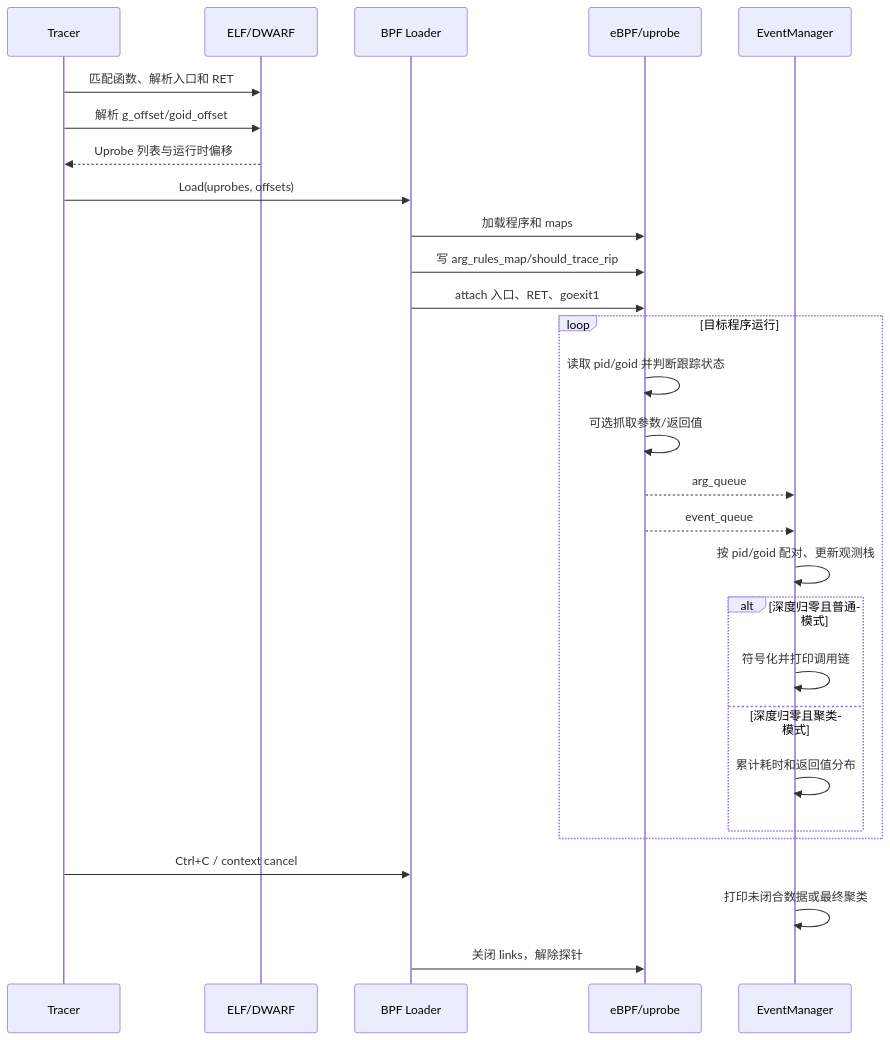
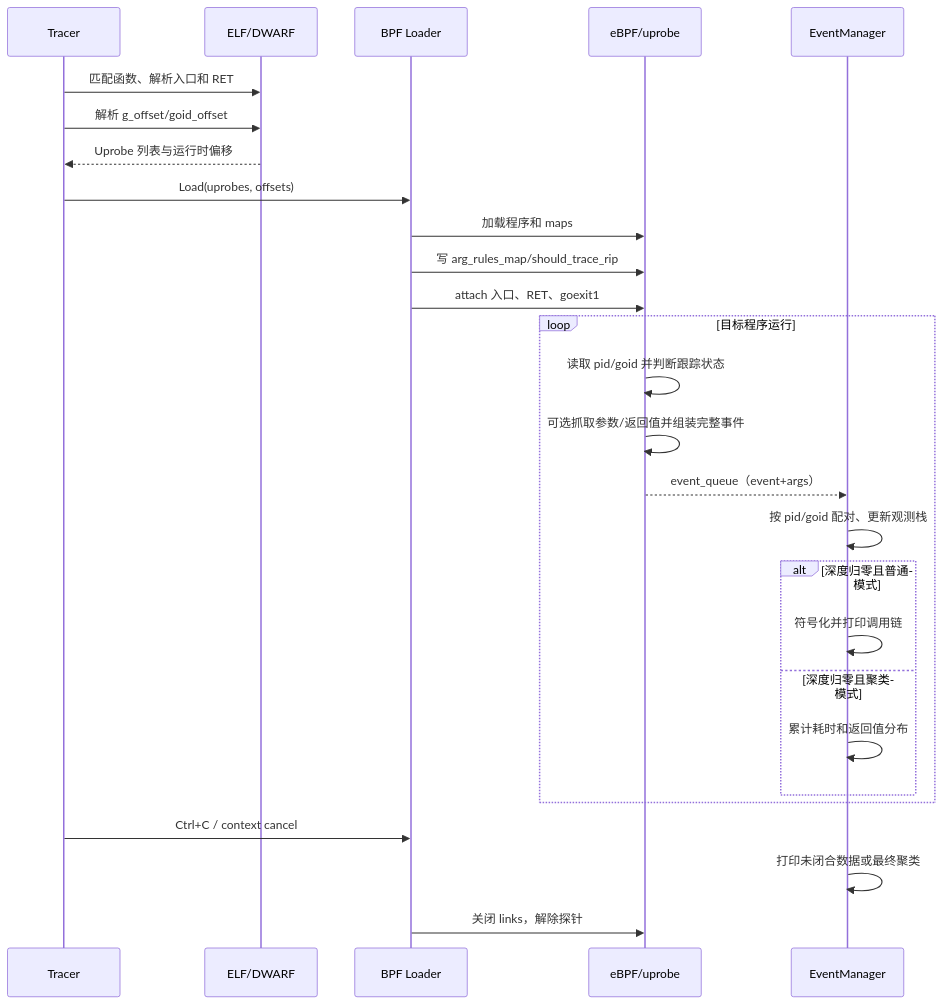
Before and after one commit to hitzhangjie/go-ftrace: the second of 2 diagrams in docs/Design.md, drawn with Mermaid. The commit also changed other lines of this file and 15 other files, not shown here.

````diff
--- a/docs/Design.md
+++ b/docs/Design.md
@@ -468,33 +467,32 @@
 ```mermaid
 sequenceDiagram
     participant CLI as Tracer
     participant ELF as ELF/DWARF
     participant BPF as BPF Loader
     participant K as eBPF/uprobe
     participant EM as EventManager
 
     CLI->>ELF: 匹配函数、解析入口和 RET
     CLI->>ELF: 解析 g_offset/goid_offset
     ELF-->>CLI: Uprobe 列表与运行时偏移
     CLI->>BPF: Load(uprobes, offsets)
     BPF->>K: 加载程序和 maps
     BPF->>K: 写 arg_rules_map/should_trace_rip
     BPF->>K: attach 入口、RET、goexit1
 
     loop 目标程序运行
         K->>K: 读取 pid/goid 并判断跟踪状态
-        K->>K: 可选抓取参数/返回值
-        K-->>EM: arg_queue
-        K-->>EM: event_queue
+        K->>K: 可选抓取参数/返回值并组装完整事件
+        K-->>EM: event_queue（event+args）
         EM->>EM: 按 pid/goid 配对、更新观测栈
         alt 深度归零且普通模式
             EM->>EM: 符号化并打印调用链
         else 深度归零且聚类模式
             EM->>EM: 累计耗时和返回值分布
         end
     end
 
     CLI->>BPF: Ctrl+C / context cancel
     EM->>EM: 打印未闭合数据或最终聚类
     BPF->>K: 关闭 links，解除探针
 ```
````
